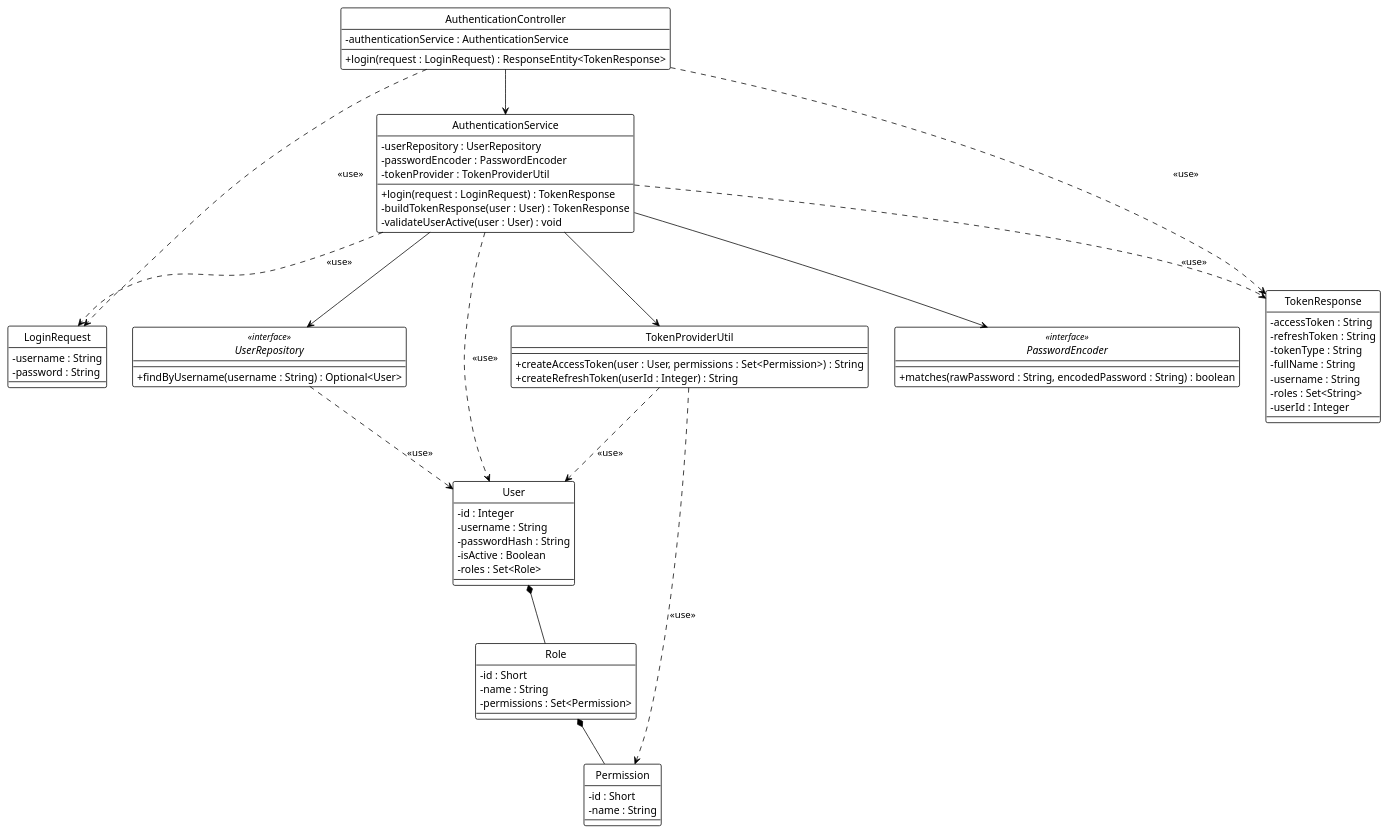
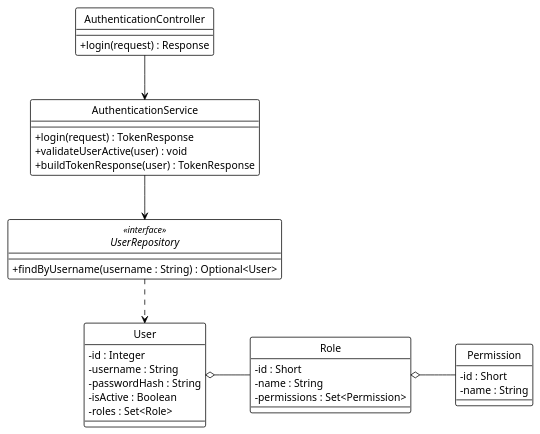
The diagram in system_detailed_design/01_sign_in_with_username_and_password/class_diagram_sign_in_with_username_and_password.puml (Ndh474/context), drawn with PlantUML before and after one commit. The commit also changed 3 other files, not shown here.

Commit message:
Refactor sequence diagram rules to align with PlantUML logical style, emphasizing design over code documentation. Streamlined guidelines, improved clarity, and added checklist for diagram quality assurance.

```diff
--- a/system_detailed_design/01_sign_in_with_username_and_password/class_diagram_sign_in_with_username_and_password.puml
+++ b/system_detailed_design/01_sign_in_with_username_and_password/class_diagram_sign_in_with_username_and_password.puml
@@ -1,86 +1,59 @@
-@startuml Sign In with Username and Password - Class Diagram
+@startuml sign_in_with_username_and_password
 !theme plain
+hide circle
 skinparam classAttributeIconSize 0
-hide circle
-skinparam circledCharacterRadius 0
 
+' --- CẤU HÌNH "ORTHO" (BẮT BUỘC) ---
+skinparam linetype ortho
+skinparam nodesep 60
+skinparam ranksep 60
+
+' --- CONTROLLER ---
 class AuthenticationController {
-  - authenticationService : AuthenticationService
-  + login(request : LoginRequest) : ResponseEntity<TokenResponse>
+  + login(request) : Response
 }
 
+' --- SERVICE ---
 class AuthenticationService {
-  - userRepository : UserRepository
-  - passwordEncoder : PasswordEncoder
-  - tokenProvider : TokenProviderUtil
-  + login(request : LoginRequest) : TokenResponse
-  - buildTokenResponse(user : User) : TokenResponse
-  - validateUserActive(user : User) : void
+  + login(request) : TokenResponse
+  + validateUserActive(user) : void
+  + buildTokenResponse(user) : TokenResponse
 }
 
+' --- REPOSITORY ---
 interface UserRepository <<interface>> {
   + findByUsername(username : String) : Optional<User>
 }
 
-interface PasswordEncoder <<interface>> {
-  + matches(rawPassword : String, encodedPassword : String) : boolean
-}
-
-class TokenProviderUtil {
-  + createAccessToken(user : User, permissions : Set<Permission>) : String
-  + createRefreshToken(userId : Integer) : String
-}
-
-class LoginRequest {
-  - username : String
-  - password : String
-}
-
-class TokenResponse {
-  - accessToken : String
-  - refreshToken : String
-  - tokenType : String
-  - fullName : String
-  - username : String
-  - roles : Set<String>
-  - userId : Integer
-}
-
+' --- ENTITIES ---
 class User {
   - id : Integer
   - username : String
   - passwordHash : String
   - isActive : Boolean
   - roles : Set<Role>
 }
 
 class Role {
   - id : Short
   - name : String
   - permissions : Set<Permission>
 }
 
 class Permission {
   - id : Short
   - name : String
 }
 
-AuthenticationController --> AuthenticationService
-AuthenticationService --> UserRepository
-AuthenticationService --> PasswordEncoder
-AuthenticationService --> TokenProviderUtil
+' --- DEPENDENCY INJECTION (Association) ---
+AuthenticationController -down-> AuthenticationService
+AuthenticationService -down-> UserRepository
 
-AuthenticationController ..> LoginRequest : <<use>>
-AuthenticationController ..> TokenResponse : <<use>>
-AuthenticationService ..> LoginRequest : <<use>>
-AuthenticationService ..> TokenResponse : <<use>>
-AuthenticationService ..> User : <<use>>
-TokenProviderUtil ..> User : <<use>>
-TokenProviderUtil ..> Permission : <<use>>
+' --- REPOSITORY USAGE (Dependency) ---
+UserRepository .down.> User
 
-UserRepository ..> User : <<use>>
-
-User *-- Role
-Role *-- Permission
+' --- ENTITY RELATIONSHIPS (Aggregation) ---
+User o-right- Role
+Role o-right- Permission
 
 @enduml
```
